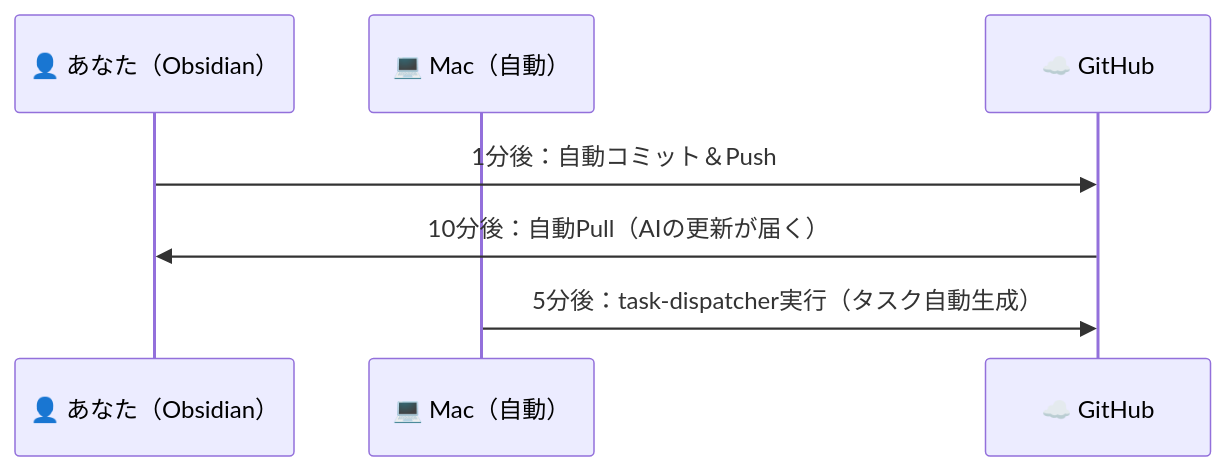
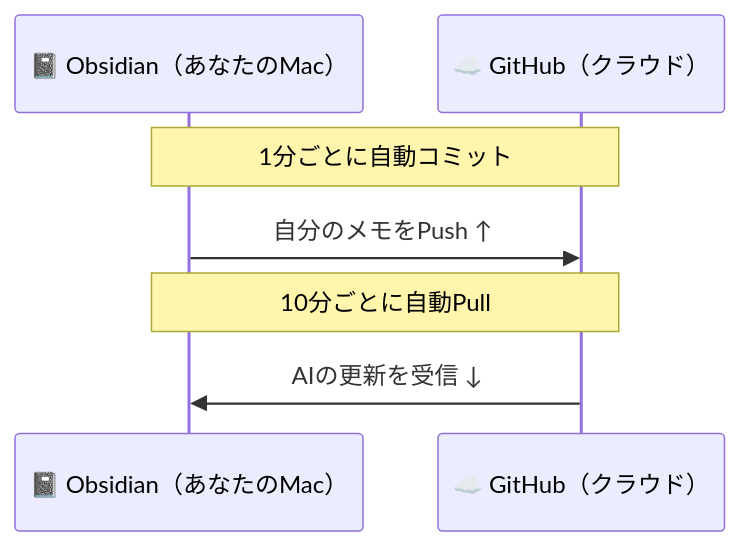
Before and after one commit to k-yabe/claude-code-book-template: the fifth of 5 diagrams in ai-agent-org/context/00_使い方.md, drawn with Mermaid. The commit also changed other lines of this file, not shown here.

Commit message:
docs: 使い方ガイドを初心者向けに全面改訂（絵文字・図解・テンプレート充実） (#276)

````diff
--- a/ai-agent-org/context/00_使い方.md
+++ b/ai-agent-org/context/00_使い方.md
@@ -160,10 +212,10 @@
 ```mermaid
 sequenceDiagram
-    participant You as 👤 あなた（Obsidian）
-    participant Mac as 💻 Mac（自動）
-    participant GH as ☁️ GitHub
+    participant Ob as 📓 Obsidian（あなたのMac）
+    participant GH as ☁️ GitHub（クラウド）
 
-    You->>GH: 1分後：自動コミット＆Push
-    GH->>You: 10分後：自動Pull（AIの更新が届く）
-    Mac->>GH: 5分後：task-dispatcher実行（タスク自動生成）
+    Note over Ob,GH: 1分ごとに自動コミット
+    Ob->>GH: 自分のメモをPush ↑
+    Note over Ob,GH: 10分ごとに自動Pull
+    GH->>Ob: AIの更新を受信 ↓
 ```
````
